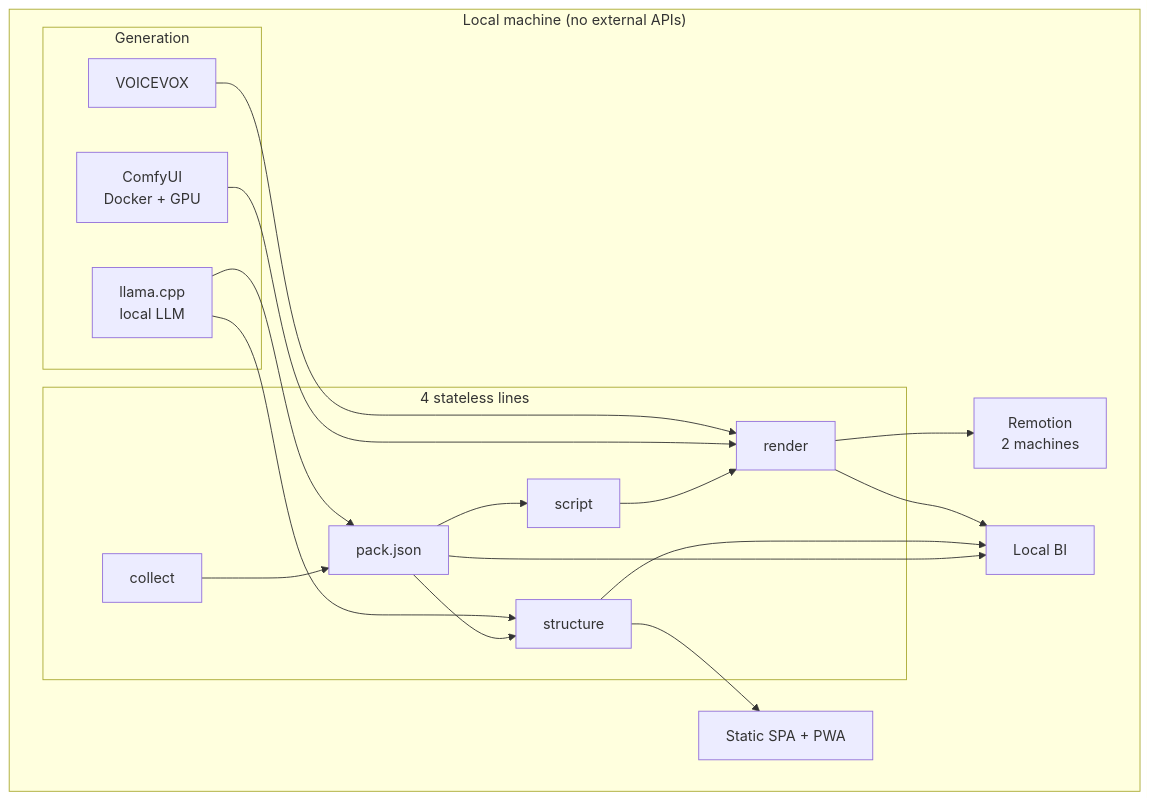
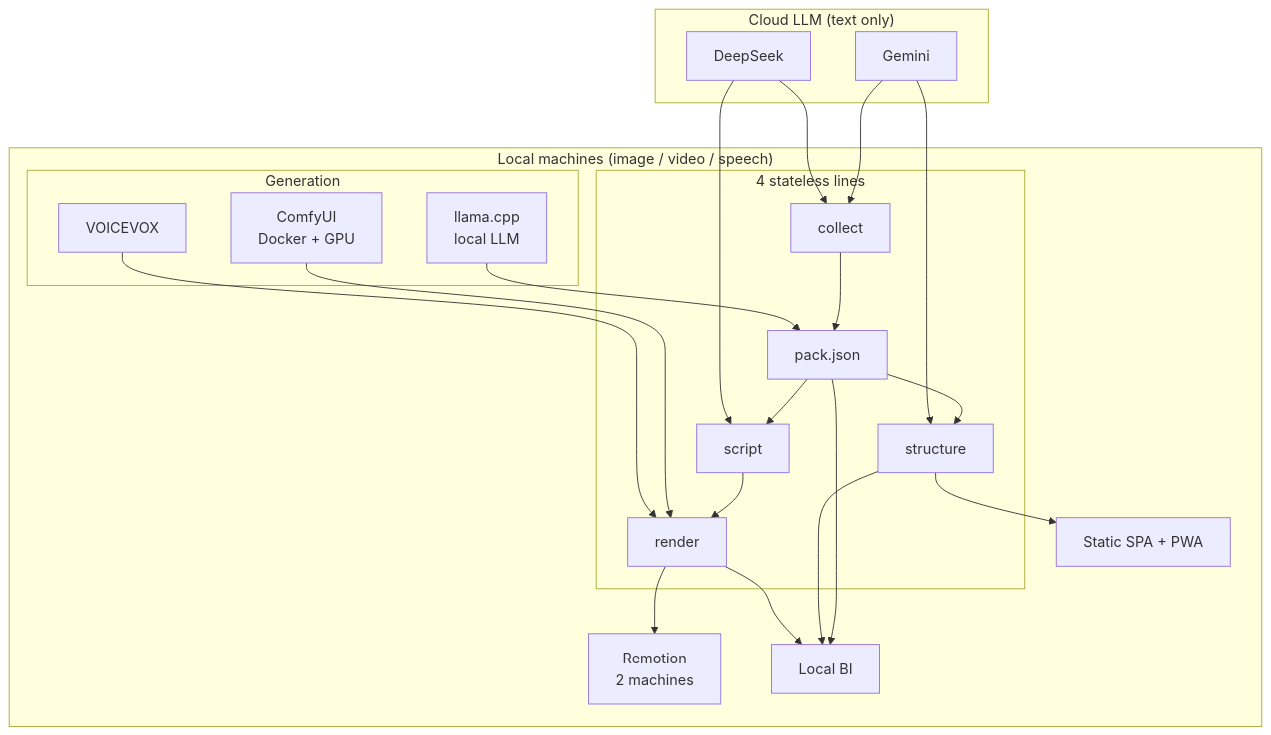
Before and after one commit to RintaroMatsumoto/ai-production-line: the diagram in README.en.md, drawn with Mermaid. The commit also changed other lines of this file and 3 other files, not shown here.

First line of the commit message:
docs: make the local/cloud split explicit

````diff
--- a/README.en.md
+++ b/README.en.md
@@ -74,28 +84,35 @@
 ```mermaid
 flowchart TB
-  subgraph LOCAL["Local machine (no external APIs)"]
+  subgraph CLOUD["Cloud LLM (text only)"]
+    G["Gemini"]
+    DS["DeepSeek"]
+  end
+  subgraph LOCAL["Local machines (image / video / speech)"]
     subgraph GEN["Generation"]
       C["ComfyUI<br/>Docker + GPU"]
       L["llama.cpp<br/>local LLM"]
       V["VOICEVOX"]
     end
     subgraph LINES["4 stateless lines"]
       A1["collect"] --> A2["pack.json"]
       A2 --> B1["structure"]
       A2 --> C1["script"]
       C1 --> D1["render"]
     end
     R["Remotion<br/>2 machines"]
     S["Static SPA + PWA"]
     BI["Local BI"]
   end
+  G --> A1
+  DS --> A1
+  G --> B1
+  DS --> C1
   C --> D1
   L --> A2
-  L --> B1
   V --> D1
   D1 --> R
   B1 --> S
   A2 --> BI
   B1 --> BI
   D1 --> BI
 ```
````
